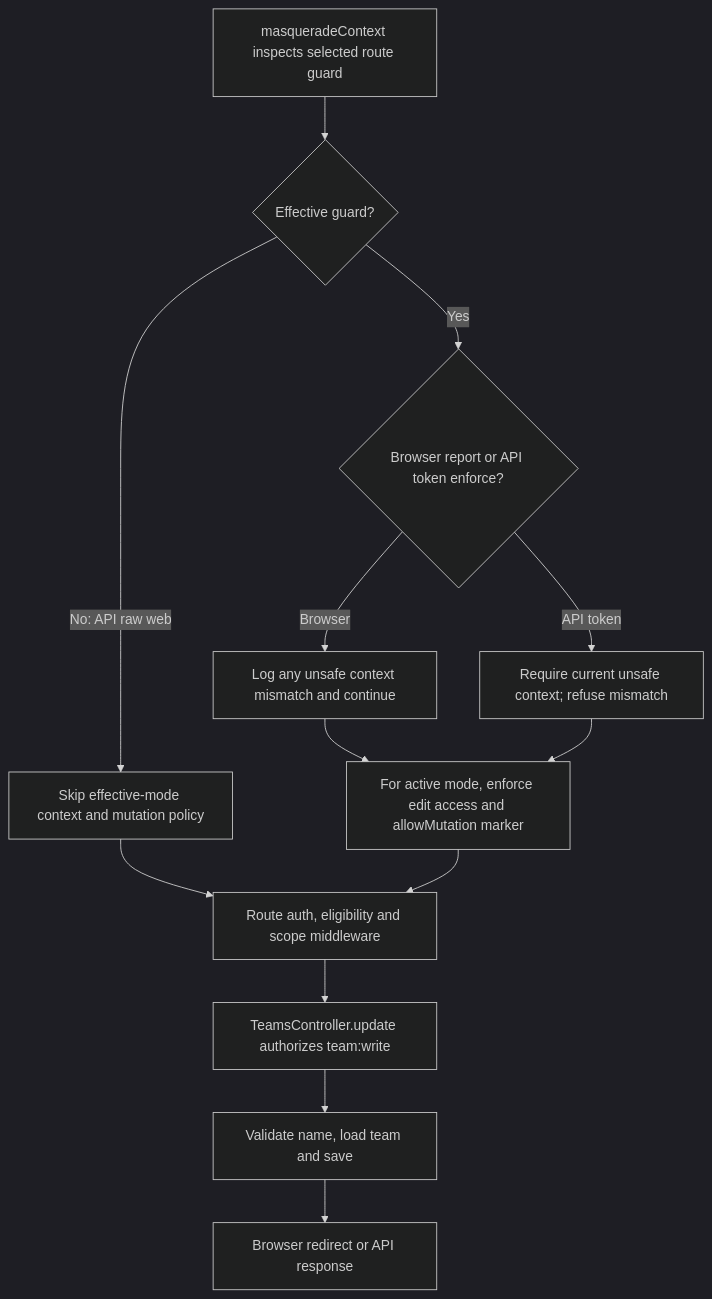
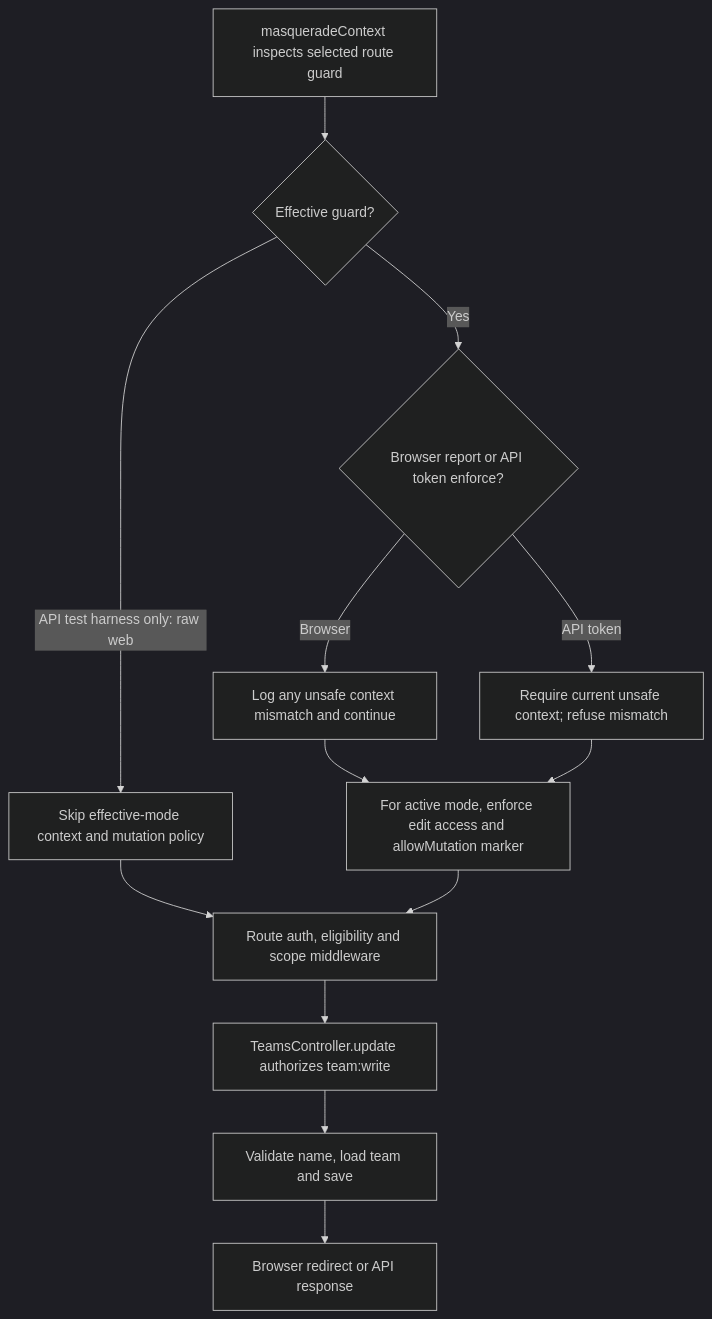
Before and after one commit to Kevinjohn/oss-adonisjs-starter-examples: the second of 2 diagrams in user-stories/support/us-masq-03-rename-team-as-target.md, drawn with Mermaid (dark theme). The commit also changed other lines of this file and 9 other files, not shown here.

````diff
--- a/user-stories/support/us-masq-03-rename-team-as-target.md
+++ b/user-stories/support/us-masq-03-rename-team-as-target.md
@@ -48,15 +48,15 @@
 ```mermaid
 flowchart TD
     A["masqueradeContext inspects selected route guard"] --> B{"Effective guard?"}
-    B -->|No: API raw web| C["Skip effective-mode context and mutation policy"]
+    B -->|API test harness only: raw web| C["Skip effective-mode context and mutation policy"]
     B -->|Yes| D{"Browser report or API token enforce?"}
     D -->|Browser| E["Log any unsafe context mismatch and continue"]
     D -->|API token| F["Require current unsafe context; refuse mismatch"]
     E --> G["For active mode, enforce edit access and allowMutation marker"]
     F --> G
     C --> H["Route auth, eligibility and scope middleware"]
     G --> H
     H --> I["TeamsController.update authorizes team:write"]
     I --> J["Validate name, load team and save"]
     J --> K["Browser redirect or API response"]
 ```
````
